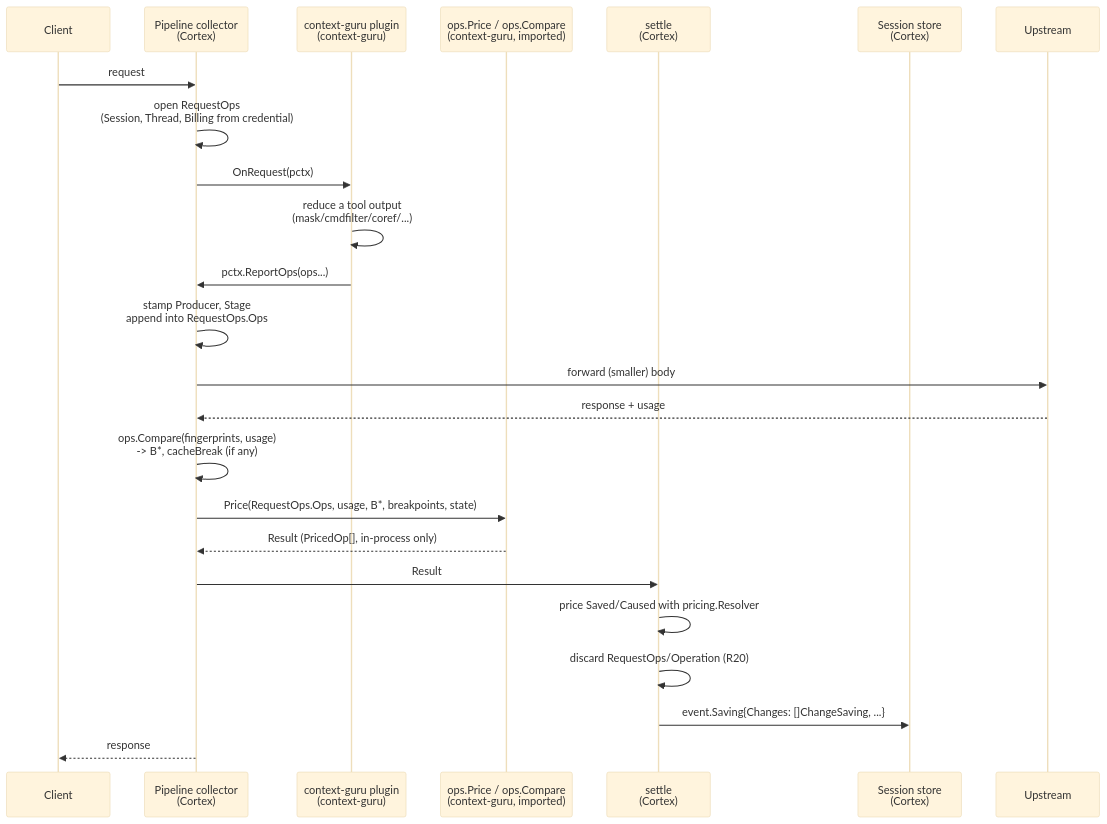
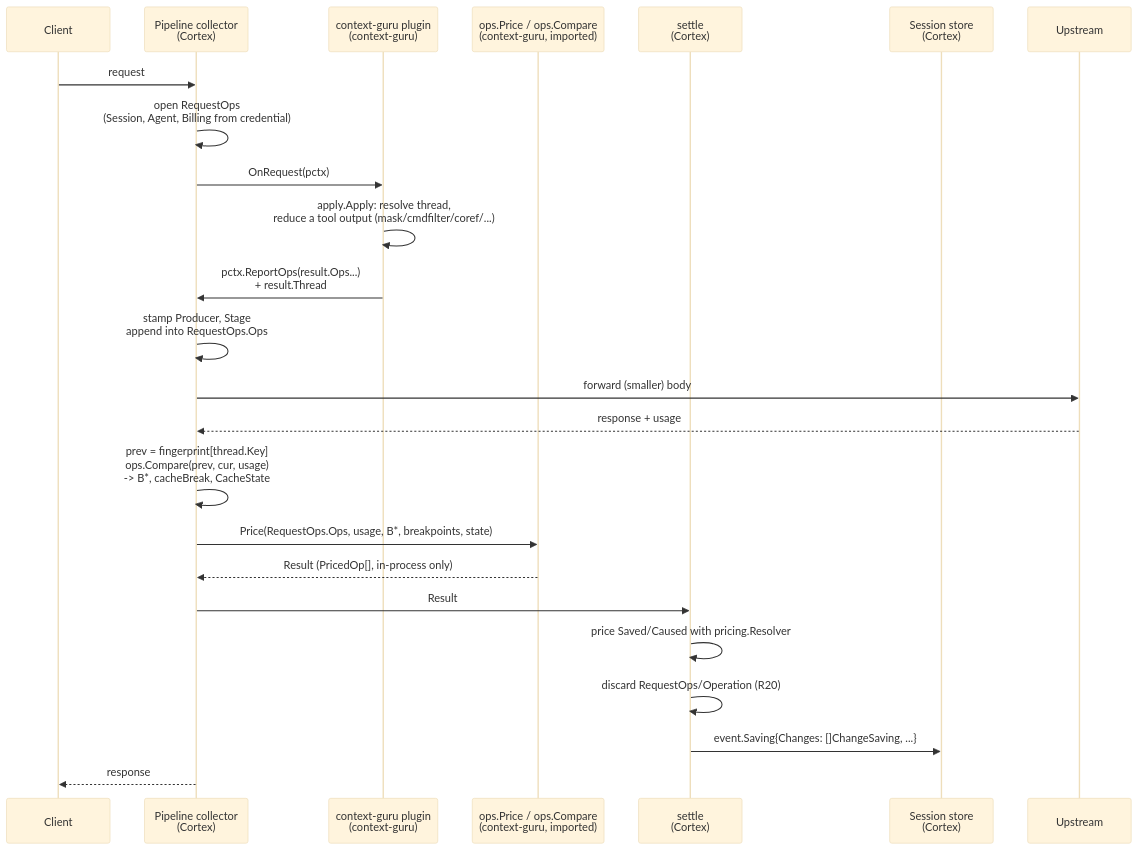
Before and after one commit to rossoctl/context-guru: the first of 3 diagrams in docs/superpowers/specs/2026-10-18-context-operations-design.md, drawn with Mermaid (base theme). The commit also changed other lines of this file and 1 other file, not shown here.

````diff
--- a/docs/superpowers/specs/2026-10-18-context-operations-design.md
+++ b/docs/superpowers/specs/2026-10-18-context-operations-design.md
@@ -540,27 +625,27 @@
 ```mermaid
 sequenceDiagram
     participant Client
     participant Pipeline as Pipeline collector<br/>(Cortex)
     participant Plugin as context-guru plugin<br/>(context-guru)
     participant Ops as ops.Price / ops.Compare<br/>(context-guru, imported)
     participant Settle as settle<br/>(Cortex)
     participant Store as Session store<br/>(Cortex)
     participant Upstream
 
     Client->>Pipeline: request
-    Pipeline->>Pipeline: open RequestOps<br/>(Session, Thread, Billing from credential)
+    Pipeline->>Pipeline: open RequestOps<br/>(Session, Agent, Billing from credential)
     Pipeline->>Plugin: OnRequest(pctx)
-    Plugin->>Plugin: reduce a tool output<br/>(mask/cmdfilter/coref/...)
-    Plugin->>Pipeline: pctx.ReportOps(ops...)
+    Plugin->>Plugin: apply.Apply: resolve thread,<br/>reduce a tool output (mask/cmdfilter/coref/...)
+    Plugin->>Pipeline: pctx.ReportOps(result.Ops...)<br/>+ result.Thread
     Pipeline->>Pipeline: stamp Producer, Stage<br/>append into RequestOps.Ops
     Pipeline->>Upstream: forward (smaller) body
     Upstream-->>Pipeline: response + usage
-    Pipeline->>Pipeline: ops.Compare(fingerprints, usage)<br/>-> B*, cacheBreak (if any)
+    Pipeline->>Pipeline: prev = fingerprint[thread.Key]<br/>ops.Compare(prev, cur, usage)<br/>-> B*, cacheBreak, CacheState
     Pipeline->>Ops: Price(RequestOps.Ops, usage, B*, breakpoints, state)
     Ops-->>Pipeline: Result (PricedOp[], in-process only)
     Pipeline->>Settle: Result
     Settle->>Settle: price Saved/Caused with pricing.Resolver
     Settle->>Settle: discard RequestOps/Operation (R20)
     Settle->>Store: event.Saving{Changes: []ChangeSaving, ...}
     Pipeline-->>Client: response
 ```
````
